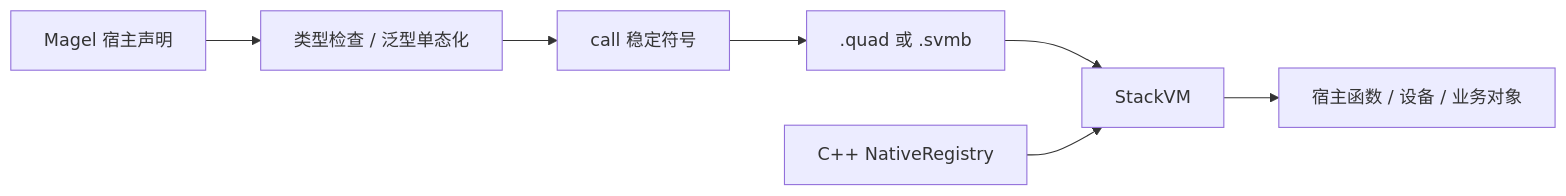
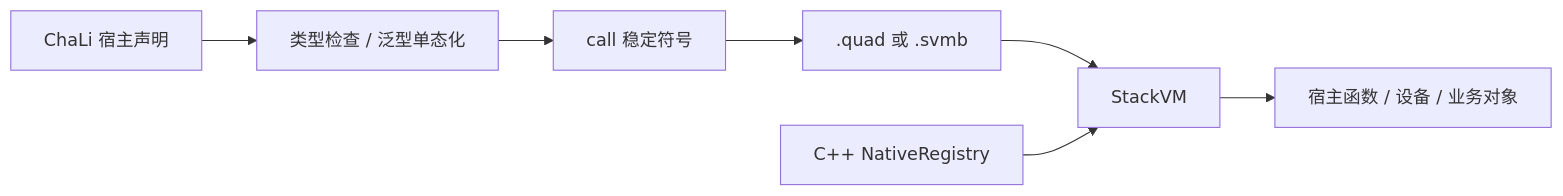
The diagram in doc/02-gram-legend.md (rabbitc999/ParseEngine), drawn with Mermaid before and after one commit. The commit also changed other lines of this file and 53 other files, not shown here.

````diff
--- a/doc/02-gram-legend.md
+++ b/doc/02-gram-legend.md
@@ -1102,9 +1102,9 @@
 ```mermaid
 flowchart LR
-    Magel["Magel 宿主声明"] --> TYPE["类型检查 / 泛型单态化"]
+    ChaLi["ChaLi 宿主声明"] --> TYPE["类型检查 / 泛型单态化"]
     TYPE --> CALL["call 稳定符号"]
     CALL --> BIN[".quad 或 .svmb"]
     BIN --> VM["StackVM"]
     REG["C++ NativeRegistry"] --> VM
     VM --> CPP["宿主函数 / 设备 / 业务对象"]
 ```
````
